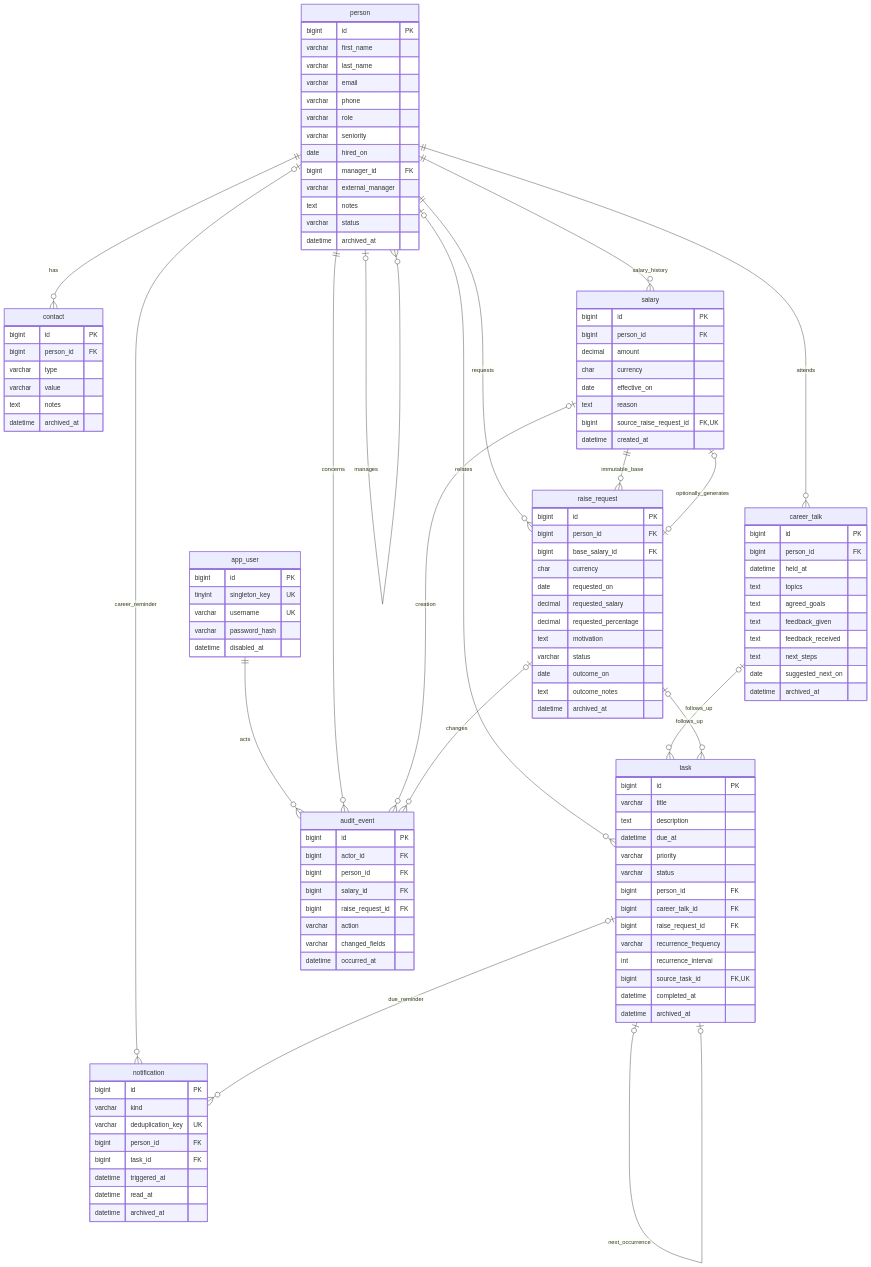
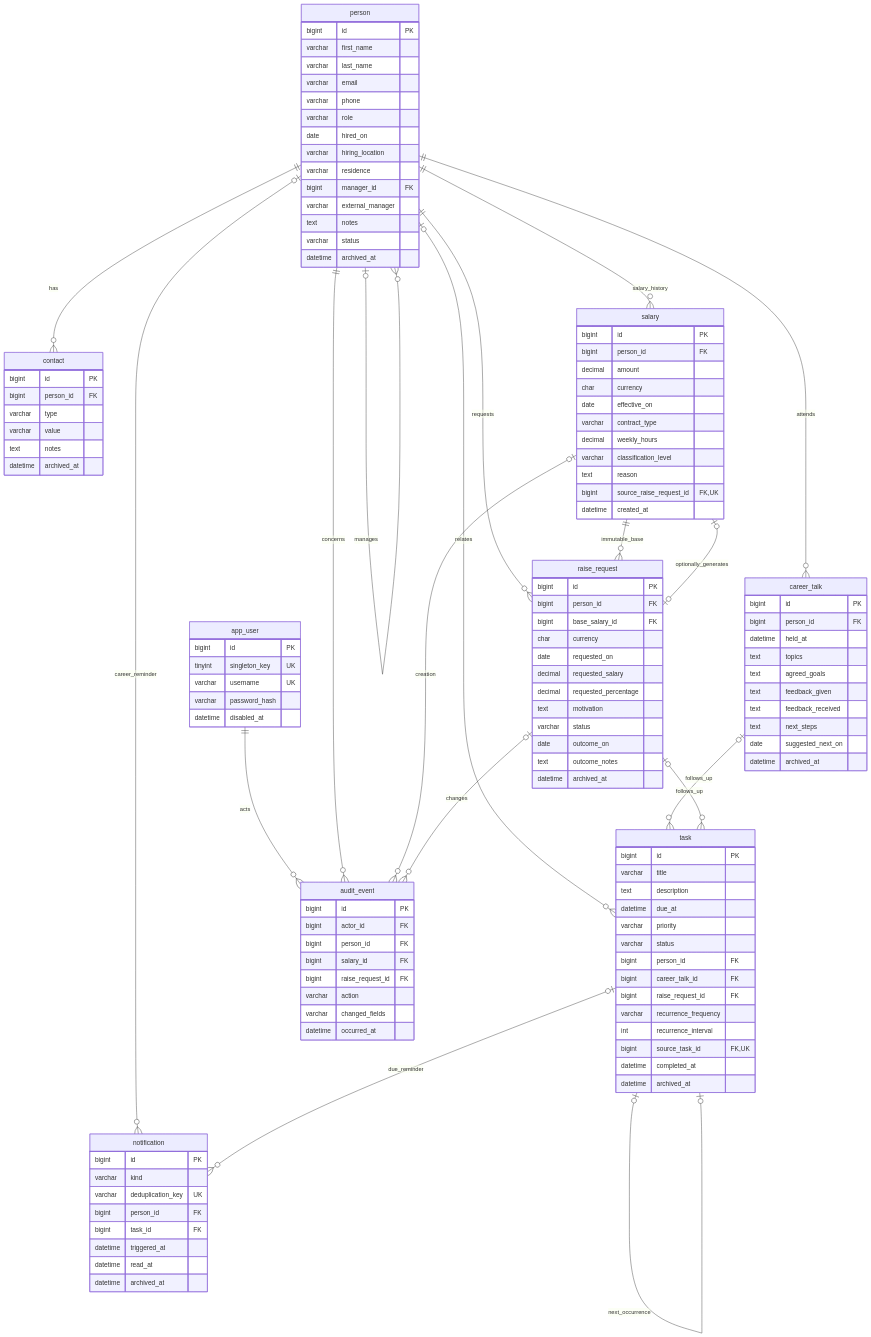
One commit to simoneparri/myRI changed the diagram in docs/adr/0001-domain-and-schema.md. Above: the diagram before and after it, drawn with Mermaid. The commit also changed other lines of this file and 25 other files, not shown here.

```diff
--- a/docs/adr/0001-domain-and-schema.md
+++ b/docs/adr/0001-domain-and-schema.md
@@ -147,8 +152,9 @@
         varchar email
         varchar phone
         varchar role
-        varchar seniority
         date hired_on
+        varchar hiring_location
+        varchar residence
         bigint manager_id FK
         varchar external_manager
         text notes
@@ -169,6 +175,9 @@
         decimal amount
         char currency
         date effective_on
+        varchar contract_type
+        decimal weekly_hours
+        varchar classification_level
         text reason
         bigint source_raise_request_id FK,UK
         datetime created_at
```
